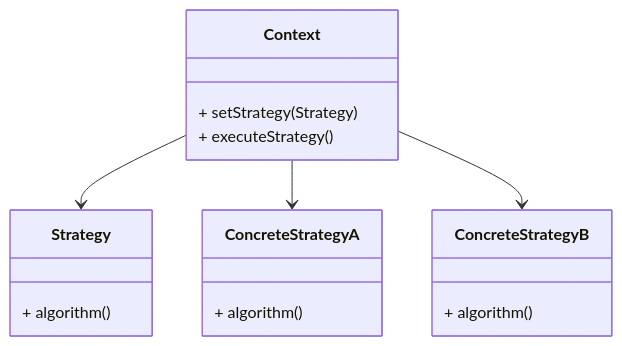
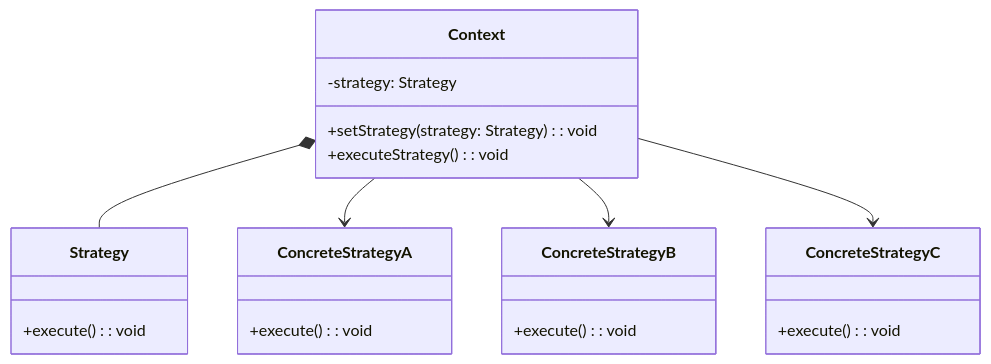
One commit to skynoid2612/design-patterns-for-clean-architecture changed the diagram in md/design_pattern_Strategy.md. Above: the diagram before and after it, drawn with Mermaid. The commit also changed other lines of this file and 23 other files, not shown here.

````diff
--- a/md/design_pattern_Strategy.md
+++ b/md/design_pattern_Strategy.md
@@ -35,19 +38,25 @@
 ```mermaid
 classDiagram
   class Context {
-    + setStrategy(Strategy)
-    + executeStrategy()
+    -strategy: Strategy
+    +setStrategy(strategy: Strategy): void
+    +executeStrategy(): void
   }
   class Strategy {
-    + algorithm()
+    +execute(): void
   }
   class ConcreteStrategyA {
-    + algorithm()
+    +execute(): void
   }
   class ConcreteStrategyB {
-    + algorithm()
+    +execute(): void
   }
-  Context --> Strategy
+  class ConcreteStrategyC {
+    +execute(): void
+  }
+
+  Context *-- Strategy
   Context --> ConcreteStrategyA
   Context --> ConcreteStrategyB
+  Context --> ConcreteStrategyC
 ```
````
